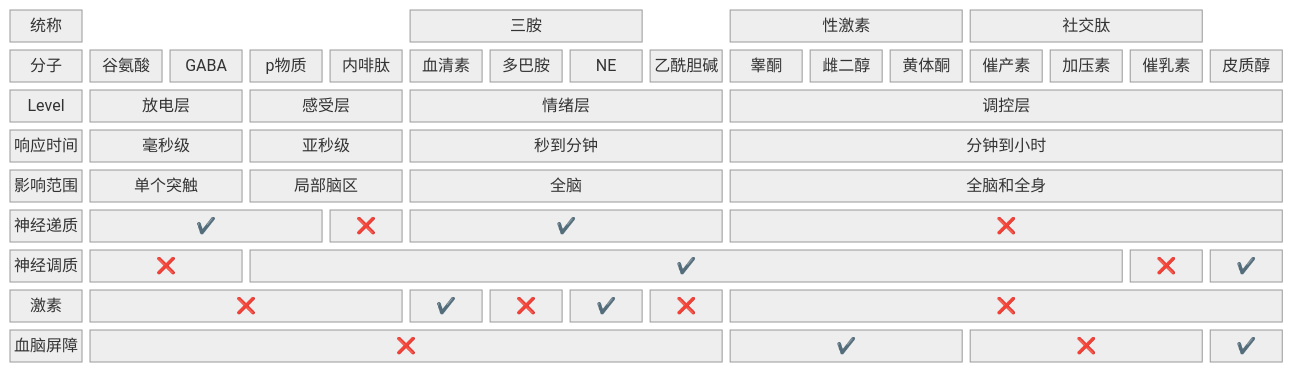
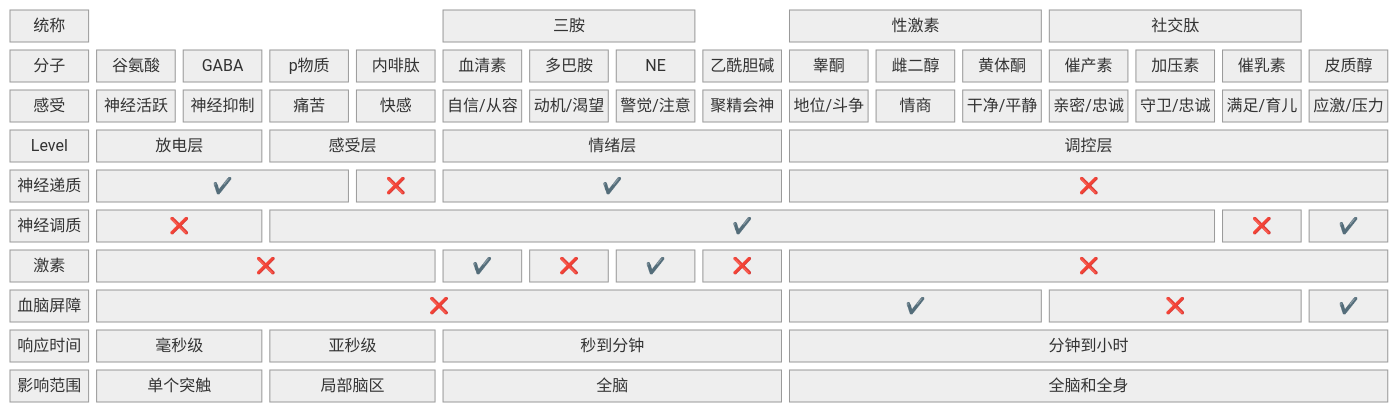
The diagram in docs/ref-人性矩阵系列-矩阵之外-03-潜意识与15种分子.md (El25Aleph/_Aleph), drawn with Mermaid before and after one commit.

````diff
--- a/docs/ref-人性矩阵系列-矩阵之外-03-潜意识与15种分子.md
+++ b/docs/ref-人性矩阵系列-矩阵之外-03-潜意识与15种分子.md
@@ -6,29 +6,31 @@
 ```mermaid
 ---
 config:
   theme: neutral
   look: 
 ---
 
 block-beta
 columns 16
 
 统称 space:2 space:2 三胺:3 space 性激素:3 社交肽:3 space
 
 分子 谷氨酸 GABA p物质 内啡肽 血清素 多巴胺 NE 乙酰胆碱 睾酮 雌二醇 黄体酮 催产素 加压素 催乳素 皮质醇
 
+感受 神经活跃 神经抑制 痛苦 快感 自信/从容 动机/渴望 警觉/注意 聚精会神 地位/斗争 情商 干净/平静 亲密/忠诚 守卫/忠诚 满足/育儿 应激/压力
+
 Level 放电层:2 感受层:2 情绪层:4 调控层:7
-
-响应时间 毫秒级:2 亚秒级:2 秒到分钟:4 分钟到小时:7
-
-影响范围 单个突触:2 局部脑区:2 全脑:4 全脑和全身:7
 
 神经递质 ✔️:3 ❌ a["✔️"]:4 b["❌"]:7 
 
 神经调质 c["❌"]:2 d["✔️"]:11 e["❌"] f["✔️"]
 
 激素 g["❌"]:4 h["✔️"] i["❌"] j["✔️"] k["❌"] l["❌"]:7 
 
 血脑屏障 m["❌"]:8 o["✔️"]:3 p["❌"]:3 q["✔️"]
 
+响应时间 毫秒级:2 亚秒级:2 秒到分钟:4 分钟到小时:7
+
+影响范围 单个突触:2 局部脑区:2 全脑:4 全脑和全身:7
+
 ```
````
